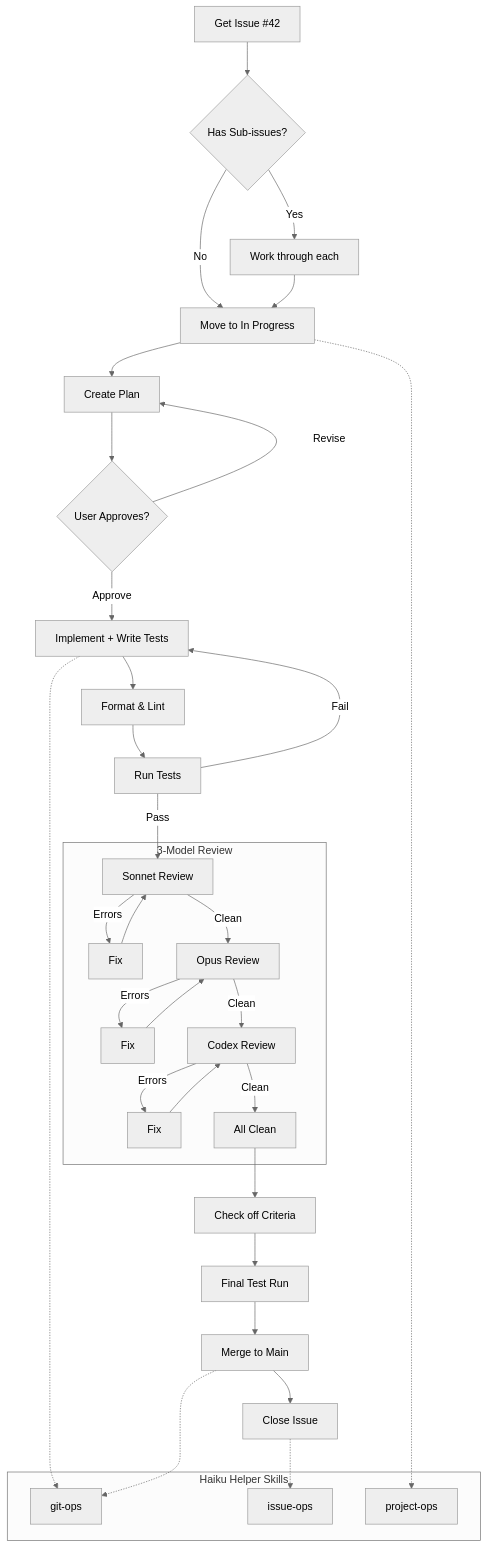
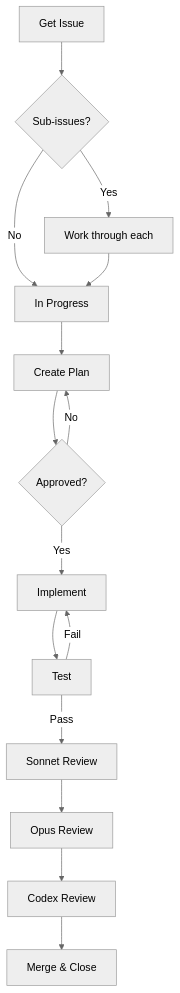
Before and after one commit to inceptyon-labs/PASIV: the diagram in README.md, drawn with Mermaid (neutral theme). The commit also changed other lines of this file, not shown here.

Commit message:
fix: use simpler Mermaid graph syntax

````diff
--- a/README.md
+++ b/README.md
@@ -40,42 +40,17 @@
 ```mermaid
-flowchart TD
-    A[Get Issue #42] --> B{Has Sub-issues?}
+graph TD
+    A[Get Issue] --> B{Sub-issues?}
     B -->|Yes| C[Work through each]
-    B -->|No| D[Move to In Progress]
+    B -->|No| D[In Progress]
     C --> D
-
     D --> E[Create Plan]
-    E --> F{User Approves?}
-    F -->|Revise| E
-    F -->|Approve| G[Implement + Write Tests]
-
-    G --> H[Format & Lint]
-    H --> I[Run Tests]
-    I -->|Fail| G
-    I -->|Pass| R1
-
-    subgraph Review[3-Model Review]
-        R1[Sonnet Review] -->|Errors| R1F[Fix] --> R1
-        R1 -->|Clean| R2[Opus Review]
-        R2 -->|Errors| R2F[Fix] --> R2
-        R2 -->|Clean| R3[Codex Review]
-        R3 -->|Errors| R3F[Fix] --> R3
-        R3 -->|Clean| R4[All Clean]
-    end
-
-    R4 --> O[Check off Criteria]
-    O --> P[Final Test Run]
-    P --> Q[Merge to Main]
-    Q --> S[Close Issue]
-
-    subgraph Helpers[Haiku Helper Skills]
-        H1[git-ops]
-        H2[issue-ops]
-        H3[project-ops]
-    end
-
-    D -.-> H3
-    G -.-> H1
-    Q -.-> H1
-    S -.-> H2
+    E --> F{Approved?}
+    F -->|No| E
+    F -->|Yes| G[Implement]
+    G --> H[Test]
+    H -->|Fail| G
+    H -->|Pass| I[Sonnet Review]
+    I --> J[Opus Review]
+    J --> K[Codex Review]
+    K --> L[Merge & Close]
 ```
````
